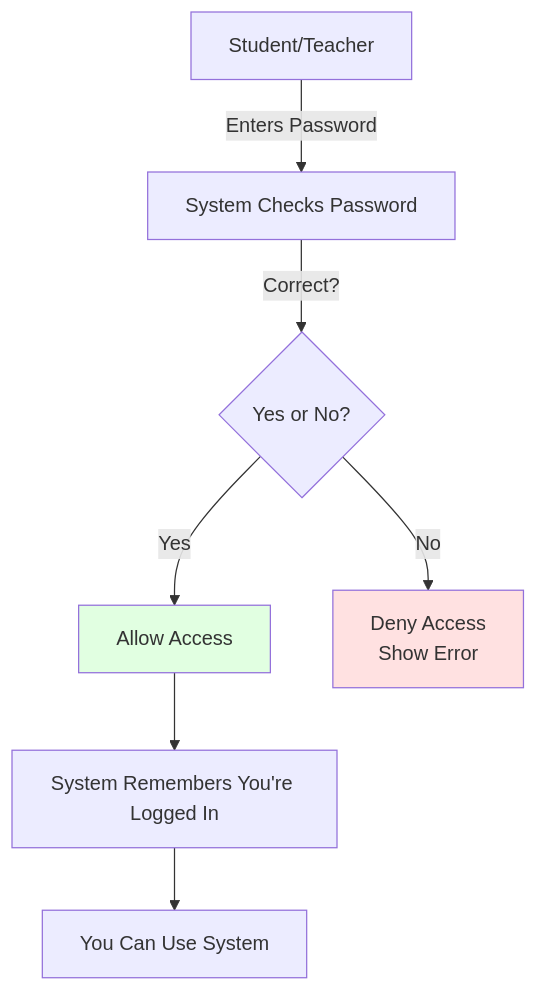
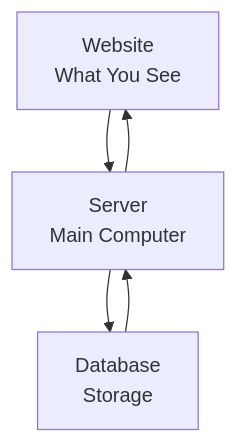
One commit to Prajwalb0208/SchoolSystem changed the diagram in docs/SYSTEM_ARCHITECTURE.md. Above: the diagram before and after it, drawn with Mermaid. The commit also changed other lines of this file and 4 other files, not shown here.

Commit message:
flowchart

````diff
--- a/docs/SYSTEM_ARCHITECTURE.md
+++ b/docs/SYSTEM_ARCHITECTURE.md
@@ -165,13 +5,7 @@
 ```mermaid
 graph TB
-    A[Student/Teacher] -->|Enters Password| B[System Checks Password]
-    B -->|Correct?| C{Yes or No?}
-    C -->|Yes| D[Allow Access]
-    C -->|No| E[Deny Access<br/>Show Error]
-    
-    D --> F[System Remembers You're Logged In]
-    F --> G[You Can Use System]
-    
-    style D fill:#e1ffe1
-    style E fill:#ffe1e1
+    A[Website<br/>What You See] --> B[Server<br/>Main Computer]
+    B --> C[Database<br/>Storage]
+    C --> B
+    B --> A
 ```
````
